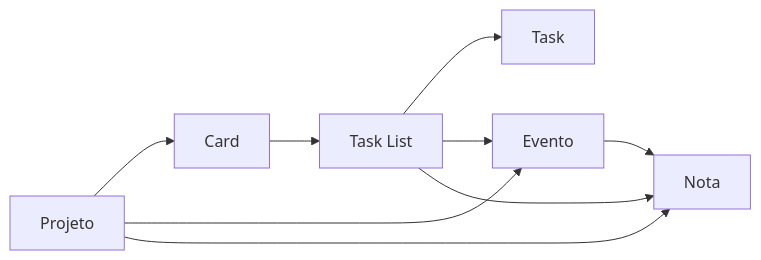
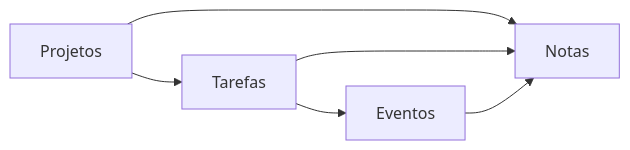
The diagram in README.md (NycolasGarcia/Planner-Py), drawn with Mermaid before and after one commit. The commit also changed other lines of this file and 12 other files, not shown here.

````diff
--- a/README.md
+++ b/README.md
@@ -40,6 +40,5 @@
 ```mermaid
 graph LR
-    P[Projeto] --> C[Card] --> TL[Task List] --> T[Task]
-    P & TL --> E[Evento]
-    P & TL & E --> N[Nota]
+    A[Projetos] --> B[Tarefas] --> C[Eventos]
+    A & B & C --> D[Notas]
 ```
````
